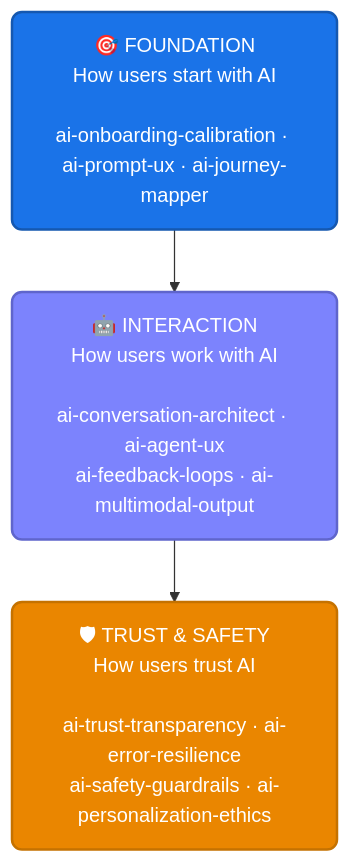
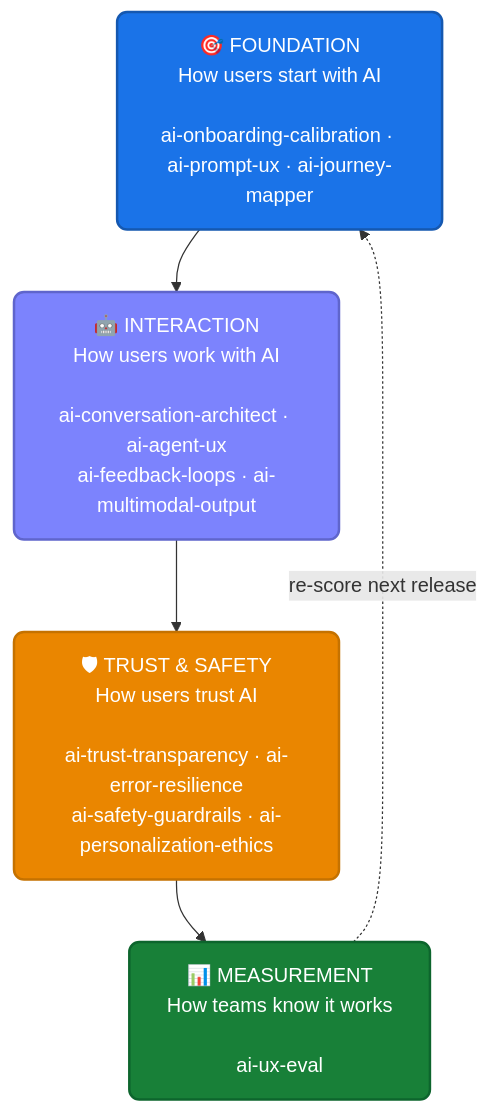
Before and after one commit to varunk130/ai-ux-skill-library: the diagram in README.md, drawn with Mermaid. The commit also changed other lines of this file, not shown here.

Commit message:
Add measurement phase to the ecosystem architecture diagram

````diff
--- a/README.md
+++ b/README.md
@@ -71,15 +71,19 @@
 ```mermaid
 flowchart TD
     F["🎯 FOUNDATION<br/>How users start with AI<br/><br/>ai-onboarding-calibration · ai-prompt-ux · ai-journey-mapper"]
     I["🤖 INTERACTION<br/>How users work with AI<br/><br/>ai-conversation-architect · ai-agent-ux<br/>ai-feedback-loops · ai-multimodal-output"]
     T["🛡 TRUST & SAFETY<br/>How users trust AI<br/><br/>ai-trust-transparency · ai-error-resilience<br/>ai-safety-guardrails · ai-personalization-ethics"]
+    M["📊 MEASUREMENT<br/>How teams know it works<br/><br/>ai-ux-eval"]
 
-    F --> I --> T
+    F --> I --> T --> M
+    M -.->|re-score next release| F
 
     classDef foundation fill:#1a73e8,color:#fff,stroke:#1558b0,stroke-width:2px,rx:8,ry:8
     classDef interact fill:#7C83FD,color:#fff,stroke:#5F65CC,stroke-width:2px,rx:8,ry:8
     classDef trust fill:#ea8600,color:#fff,stroke:#c57200,stroke-width:2px,rx:8,ry:8
+    classDef measure fill:#188038,color:#fff,stroke:#0d652d,stroke-width:2px,rx:8,ry:8
     class F foundation
     class I interact
     class T trust
+    class M measure
 ```
````
